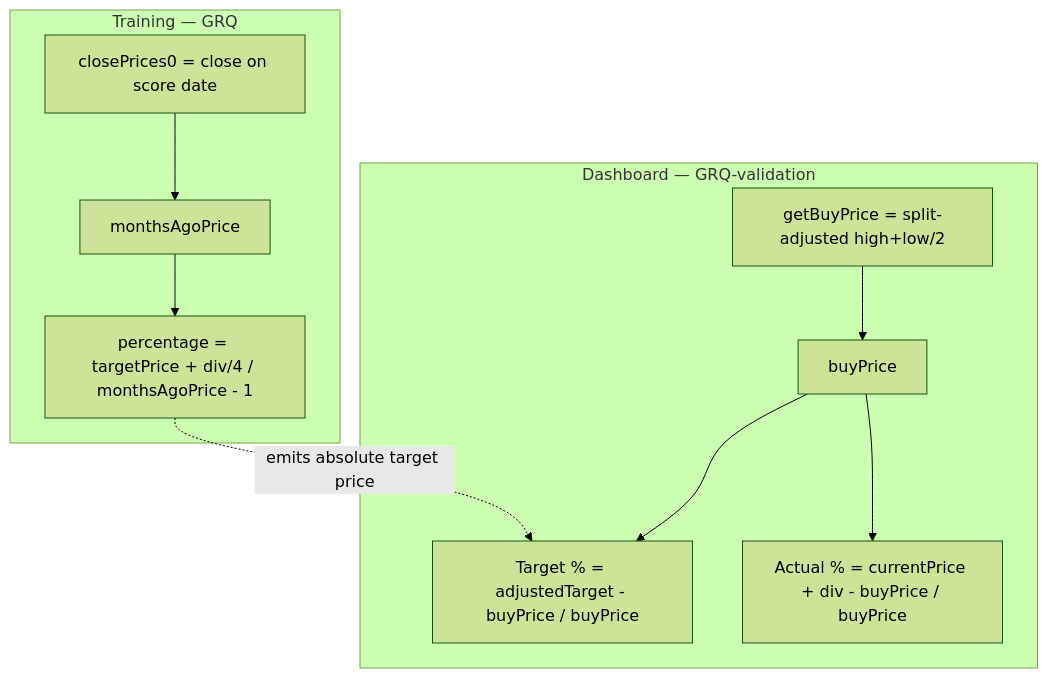
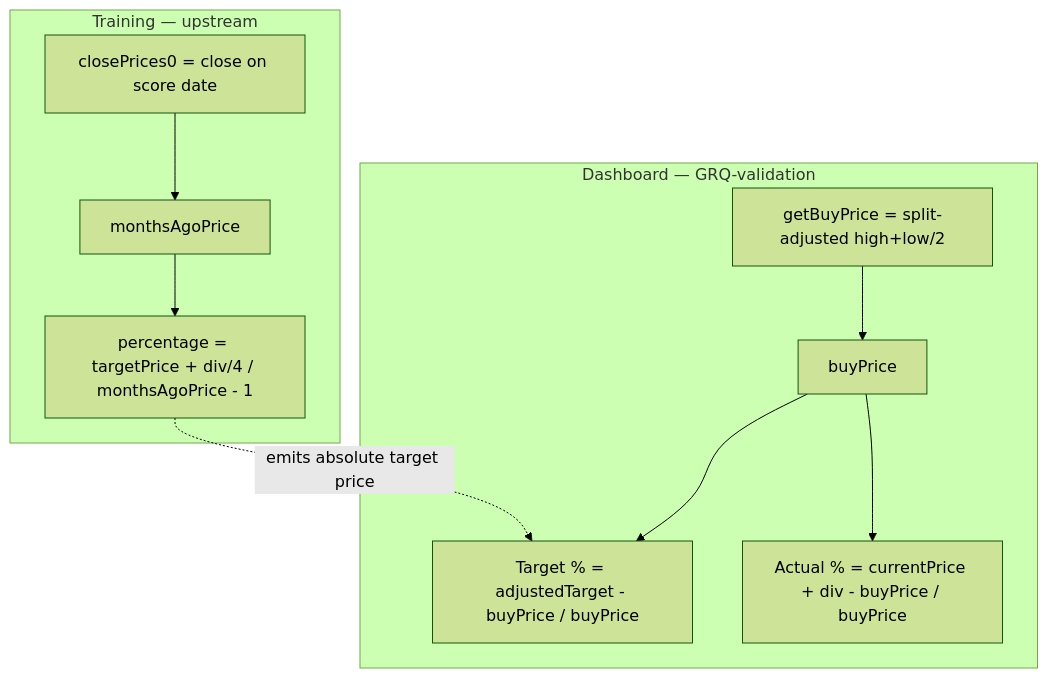
Before and after one commit to stSoftwareAU/GRQ-validation: the first of 2 diagrams in docs/archive/investigations/issue-554-buy-price-denominator-bias.md, drawn with Mermaid (forest theme). The commit also changed other lines of this file and 20 other files, not shown here.

````diff
--- a/docs/archive/investigations/issue-554-buy-price-denominator-bias.md
+++ b/docs/archive/investigations/issue-554-buy-price-denominator-bias.md
@@ -67,13 +68,13 @@
 ```mermaid
 flowchart TD
-    subgraph GRQ[Training — GRQ]
+    subgraph UP[Training — upstream]
         A[closePrices0 = close on score date] --> B[monthsAgoPrice]
         B --> C["percentage = targetPrice + div/4 / monthsAgoPrice - 1"]
     end
     subgraph DASH[Dashboard — GRQ-validation]
         D["getBuyPrice = split-adjusted high+low/2"] --> E[buyPrice]
         E --> F[Target % = adjustedTarget - buyPrice / buyPrice]
         E --> G[Actual % = currentPrice + div - buyPrice / buyPrice]
     end
     C -. emits absolute target price .-> F
 ```
````
